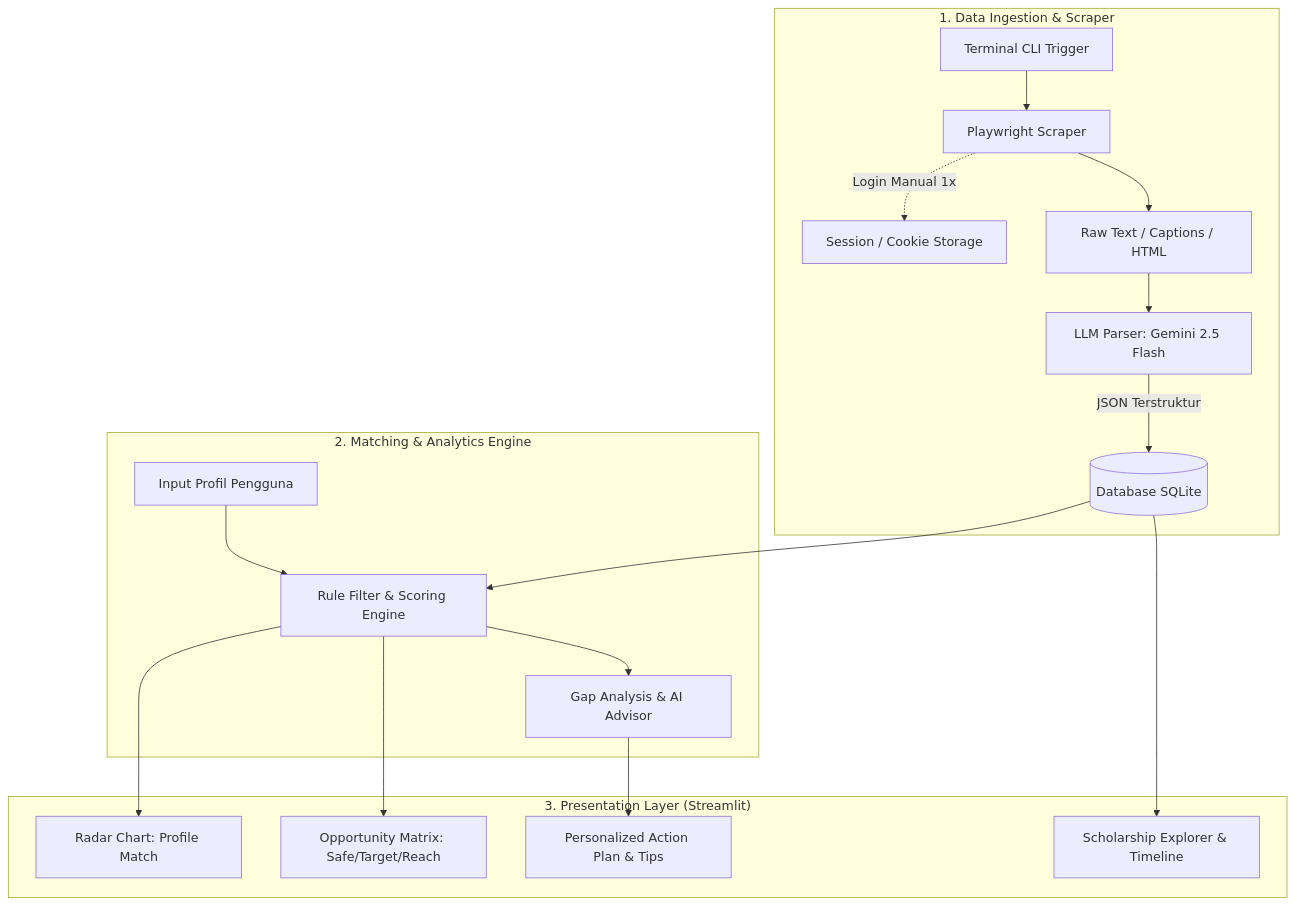
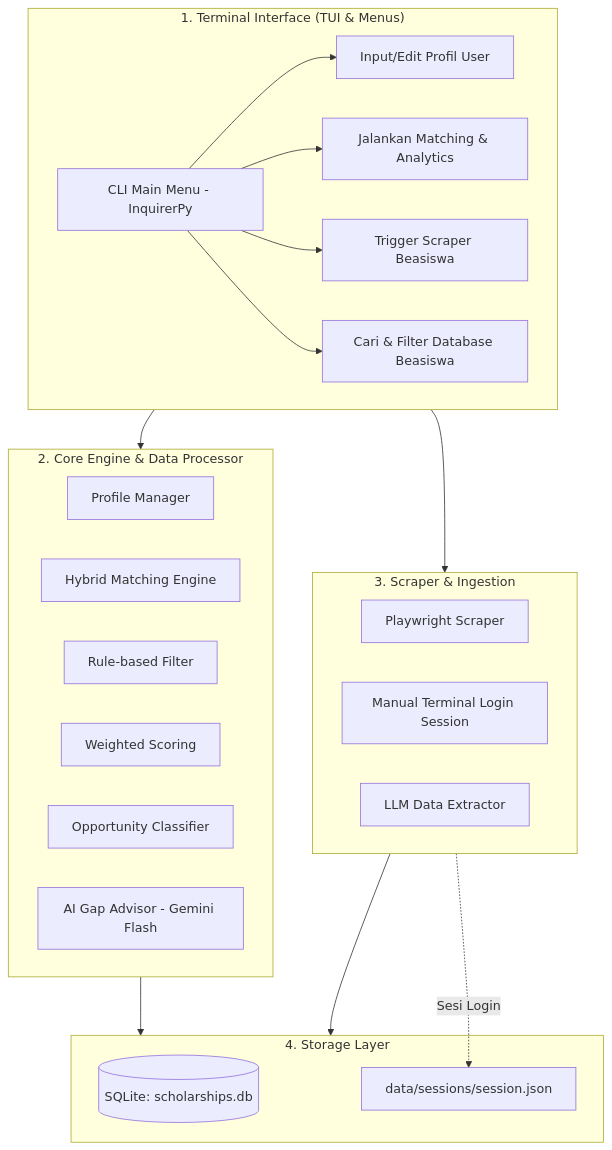
One commit to Adikafazaa/Beasiswa-checker changed the diagram in Brainstorming/system_analytics_and_architecture.md. Above: the diagram before and after it, drawn with Mermaid. The commit also changed other lines of this file, not shown here.

````diff
--- a/Brainstorming/system_analytics_and_architecture.md
+++ b/Brainstorming/system_analytics_and_architecture.md
@@ -19,23 +19,36 @@
 ```mermaid
 flowchart TD
-    subgraph Ingestion ["1. Data Ingestion & Scraper"]
-        A[Terminal CLI Trigger] --> B[Playwright Scraper]
-        B -.->|Login Manual 1x| B1[Session / Cookie Storage]
-        B --> C[Raw Text / Captions / HTML]
-        C --> D[LLM Parser: Gemini 2.5 Flash]
-        D -->|JSON Terstruktur| E[(Database SQLite)]
+    subgraph CLI ["1. Terminal Interface (TUI & Menus)"]
+        A[CLI Main Menu - InquirerPy]
+        A --> A1[Input/Edit Profil User]
+        A --> A2[Jalankan Matching & Analytics]
+        A --> A3[Trigger Scraper Beasiswa]
+        A --> A4[Cari & Filter Database Beasiswa]
     end
 
-    subgraph CoreEngine ["2. Matching & Analytics Engine"]
-        F[Input Profil Pengguna] --> G[Rule Filter & Scoring Engine]
-        E --> G
-        G --> H[Gap Analysis & AI Advisor]
+    subgraph CoreEngine ["2. Core Engine & Data Processor"]
+        B[Profile Manager]
+        C[Hybrid Matching Engine]
+        C1[Rule-based Filter]
+        C2[Weighted Scoring]
+        C3[Opportunity Classifier]
+        D[AI Gap Advisor - Gemini Flash]
     end
 
-    subgraph DashboardUI ["3. Presentation Layer (Streamlit)"]
-        G --> I[Radar Chart: Profile Match]
-        G --> J[Opportunity Matrix: Safe/Target/Reach]
-        H --> K[Personalized Action Plan & Tips]
-        E --> L[Scholarship Explorer & Timeline]
+    subgraph ScraperModule ["3. Scraper & Ingestion"]
+        E[Playwright Scraper]
+        E1[Manual Terminal Login Session]
+        E2[LLM Data Extractor]
     end
+
+    subgraph Storage ["4. Storage Layer"]
+        F[(SQLite: scholarships.db)]
+        G[data/sessions/session.json]
+    end
+
+    CLI --> CoreEngine
+    CLI --> ScraperModule
+    CoreEngine --> Storage
+    ScraperModule --> Storage
+    ScraperModule -.->|Sesi Login| G
 ```
````
